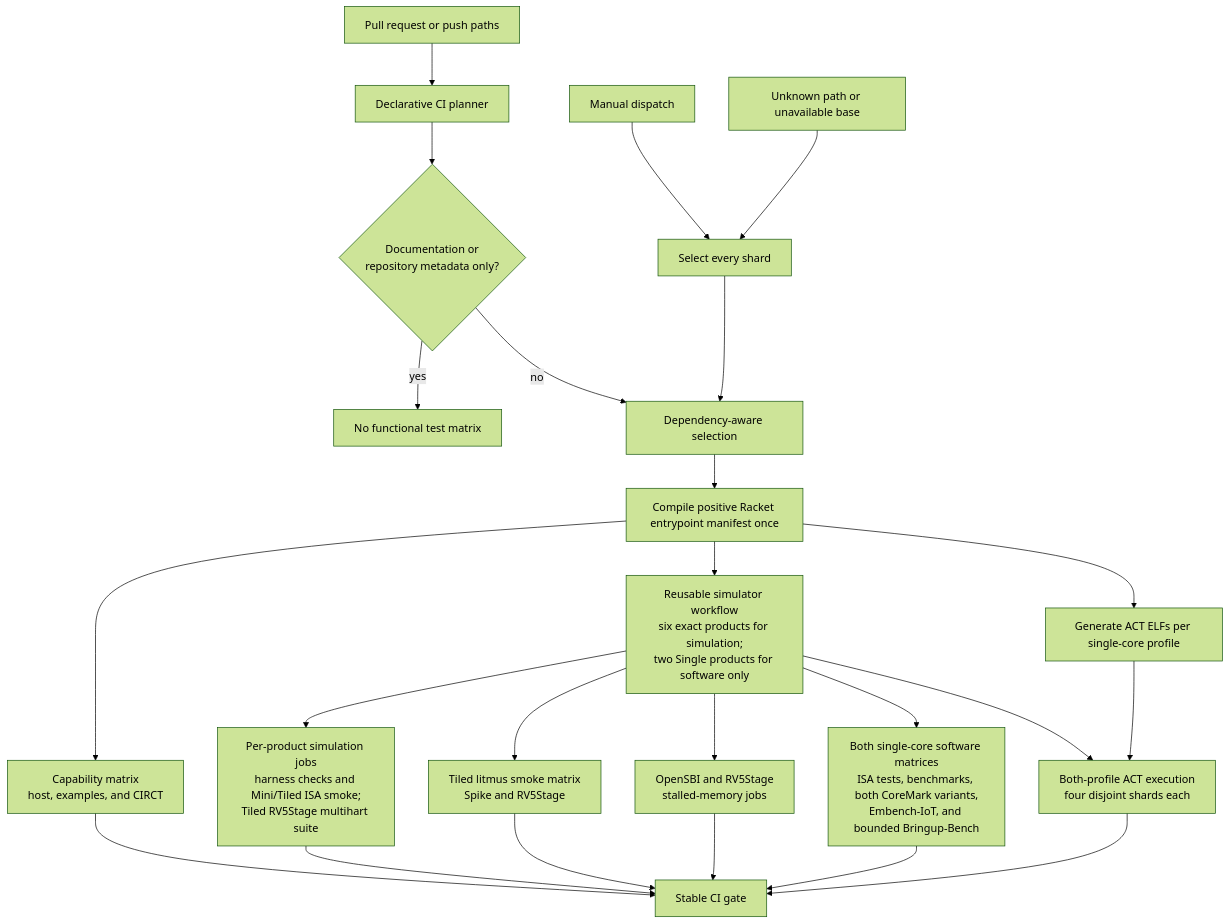
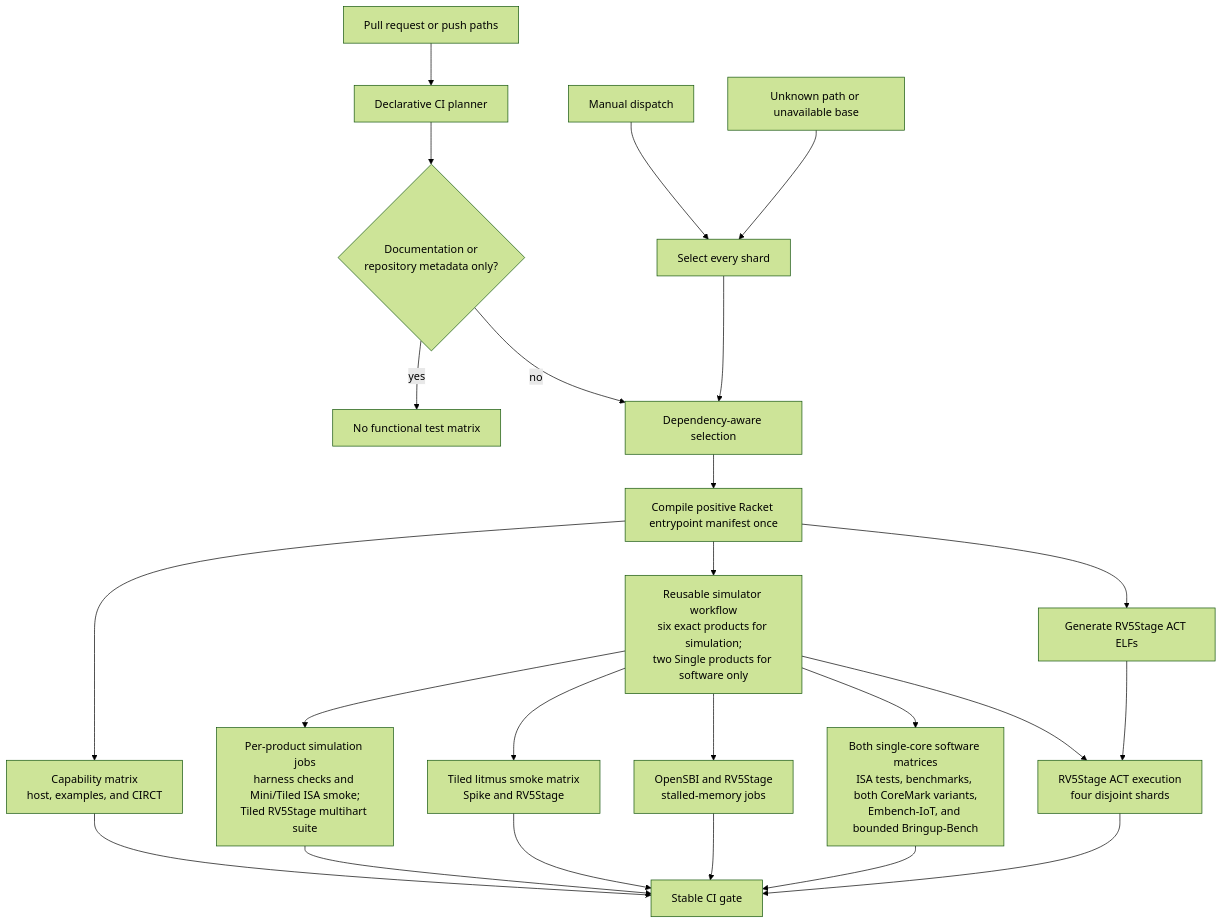
One commit to jerryz123/rhodium changed the diagram in tools/testing/DEVELOPING.md. Above: the diagram before and after it, drawn with Mermaid (forest theme). The commit also changed other lines of this file and 22 other files, not shown here.

````diff
--- a/tools/testing/DEVELOPING.md
+++ b/tools/testing/DEVELOPING.md
@@ -90,26 +90,26 @@
 ```mermaid
 flowchart TD
     Changes["Pull request or push paths"] --> Classifier["Declarative CI planner"]
     Manual["Manual dispatch"] --> All["Select every shard"]
     Unknown["Unknown path or unavailable base"] --> All
     Classifier --> Docs{"Documentation or<br/>repository metadata only?"}
     Docs -->|yes| None["No functional test matrix"]
     Docs -->|no| Selected["Dependency-aware selection"]
     All --> Selected
     Selected --> Compile["Compile positive Racket entrypoint manifest once"]
     Compile --> Checks["Capability matrix<br/>host, examples, and CIRCT"]
     Compile --> Simulators["Reusable simulator workflow<br/>six exact products for simulation;<br/>two Single products for software only"]
     Simulators --> Simulation["Per-product simulation jobs<br/>harness checks and Mini/Tiled ISA smoke;<br/>Tiled RV5Stage multihart suite"]
     Simulators --> LitmusSmoke["Tiled litmus smoke matrix<br/>Spike and RV5Stage"]
     Simulators --> Qualification["OpenSBI and RV5Stage<br/>stalled-memory jobs"]
     Simulators --> Programs["Both single-core software matrices<br/>ISA tests, benchmarks, both CoreMark variants,<br/>Embench-IoT, and bounded Bringup-Bench"]
-    Compile --> ActBuild["Generate ACT ELFs per single-core profile"]
-    Simulators --> ActRun["Both-profile ACT execution<br/>four disjoint shards each"]
+    Compile --> ActBuild["Generate RV5Stage ACT ELFs"]
+    Simulators --> ActRun["RV5Stage ACT execution<br/>four disjoint shards"]
     ActBuild --> ActRun
     Checks --> Gate["Stable CI gate"]
     Simulation --> Gate
     LitmusSmoke --> Gate
     Qualification --> Gate
     Programs --> Gate
     ActRun --> Gate
 ```
````
